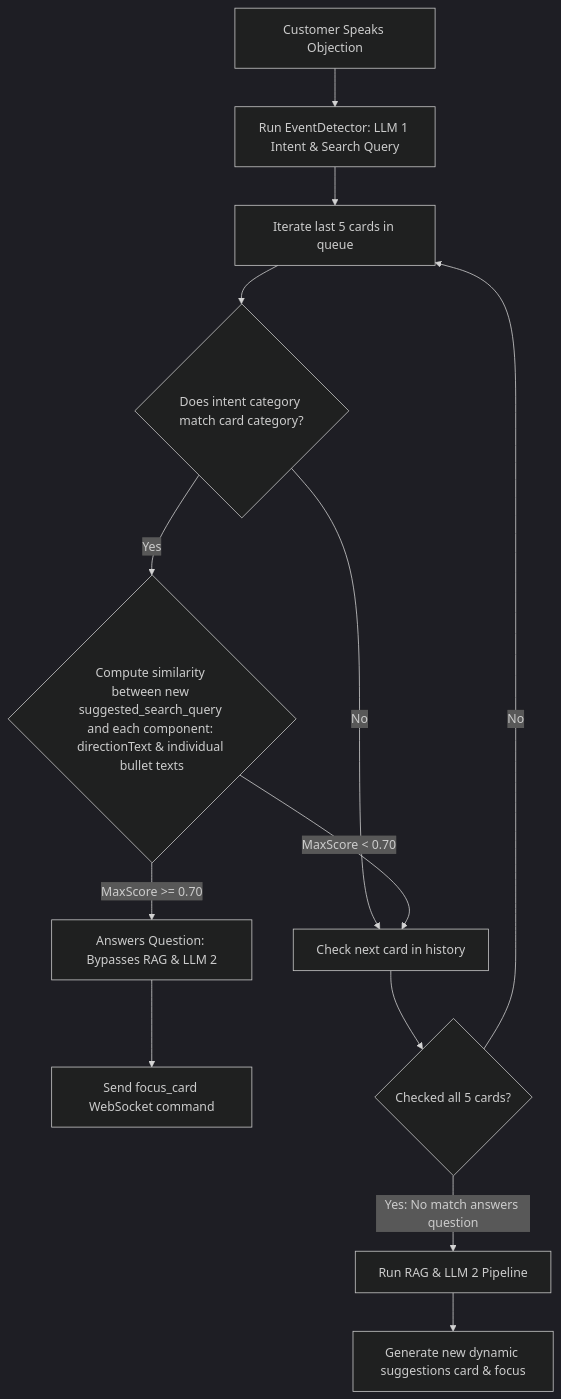
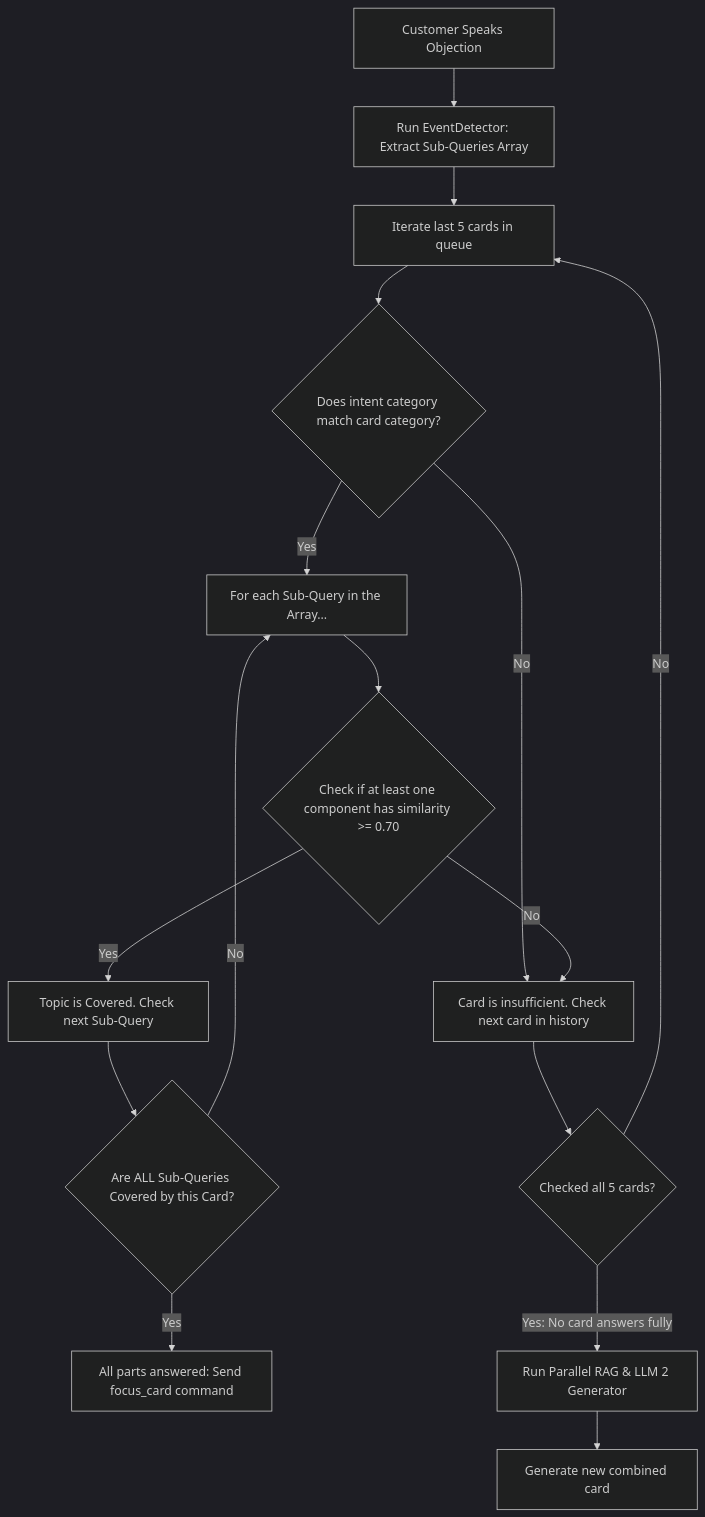
The diagram in refer/intelligent_focus_scrolling_architecture.md (saranganet/arkham), drawn with Mermaid (dark theme) before and after one commit. The commit also changed other lines of this file, not shown here.

````diff
--- a/refer/intelligent_focus_scrolling_architecture.md
+++ b/refer/intelligent_focus_scrolling_architecture.md
@@ -30,20 +38,24 @@
 ```mermaid
 flowchart TD
-    CustomerSpeech[Customer Speaks Objection] --> LLM1[Run EventDetector: LLM 1 Intent & Search Query]
+    CustomerSpeech[Customer Speaks Objection] --> LLM1[Run EventDetector: Extract Sub-Queries Array]
     LLM1 --> LoopHistory[Iterate last 5 cards in queue]
     
     LoopHistory --> CategoryCheck{Does intent category match card category?}
     
     CategoryCheck -->|No| NextCard[Check next card in history]
-    CategoryCheck -->|Yes| SemanticCheck{Compute similarity between new suggested_search_query and each component: directionText & individual bullet texts}
+    CategoryCheck -->|Yes| SubQueryLoop[For each Sub-Query in the Array...]
     
-    SemanticCheck -->|MaxScore >= 0.70| ConfirmAnswer[Answers Question: Bypasses RAG & LLM 2]
-    ConfirmAnswer --> SendFocus[Send focus_card WebSocket command]
+    SubQueryLoop --> BulletMatch{Check if at least one component has similarity >= 0.70}
     
-    SemanticCheck -->|MaxScore < 0.70| NextCard
+    BulletMatch -->|Yes| NextSubQuery[Topic is Covered. Check next Sub-Query]
+    BulletMatch -->|No| NextCard[Card is insufficient. Check next card in history]
+    
+    NextSubQuery --> AllCovered{Are ALL Sub-Queries Covered by this Card?}
+    AllCovered -->|Yes| ScrollBack[All parts answered: Send focus_card command]
+    AllCovered -->|No| SubQueryLoop
     
     NextCard --> AllChecked{Checked all 5 cards?}
     AllChecked -->|No| LoopHistory
-    AllChecked -->|Yes: No match answers question| RunGen[Run RAG & LLM 2 Pipeline]
-    RunGen --> NewCard[Generate new dynamic suggestions card & focus]
+    AllChecked -->|Yes: No card answers fully| RunGen[Run Parallel RAG & LLM 2 Generator]
+    RunGen --> NewCard[Generate new combined card]
 ```
````
